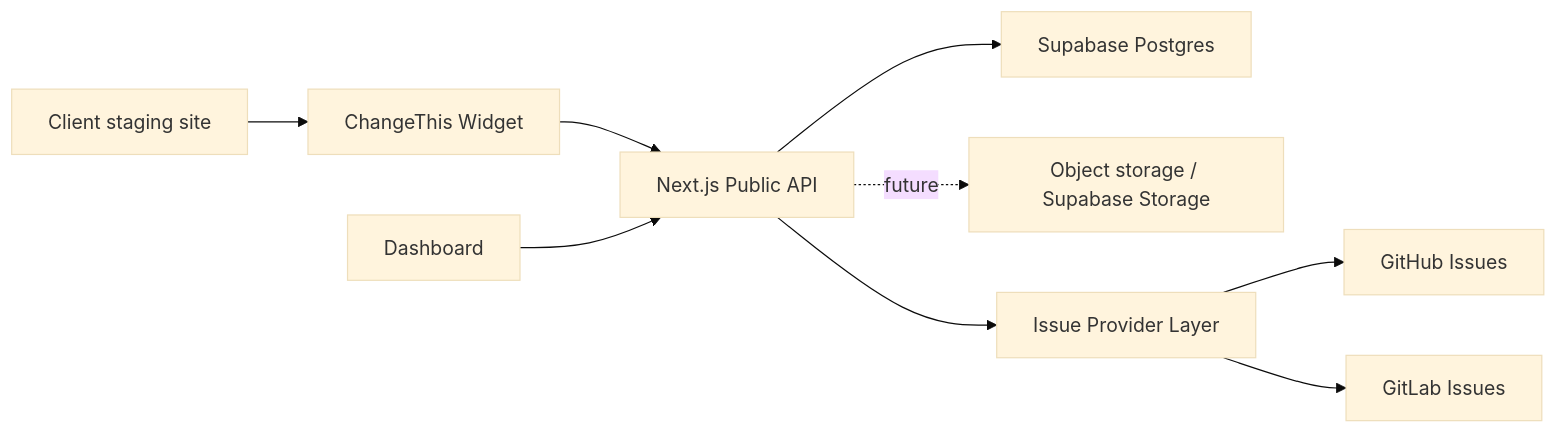
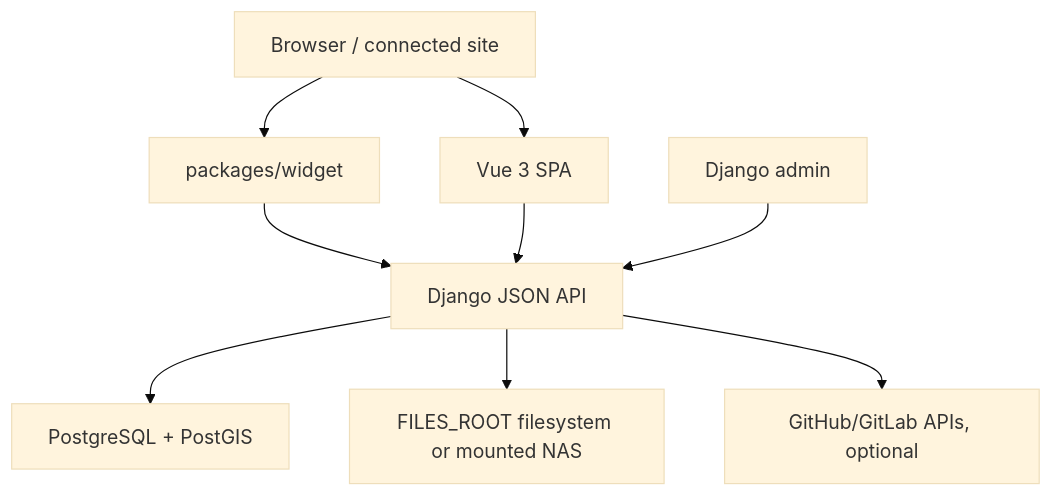
The diagram in docs/architecture.md (MLyte/ChangeThis), drawn with Mermaid (base theme) before and after one commit. The commit also changed other lines of this file and 210 other files, not shown here.

Commit message:
Implement CRAW Vue Django stack

````diff
--- a/docs/architecture.md
+++ b/docs/architecture.md
@@ -20,11 +5,11 @@
 ```mermaid
-flowchart LR
-  Site["Client staging site"] --> Widget["ChangeThis Widget"]
-  Widget --> Api["Next.js Public API"]
-  Api --> Db["Supabase Postgres"]
-  Api -. future .-> Storage["Object storage / Supabase Storage"]
-  Api --> Providers["Issue Provider Layer"]
-  Providers --> GitHub["GitHub Issues"]
-  Providers --> GitLab["GitLab Issues"]
-  Dashboard["Dashboard"] --> Api
+flowchart TD
+  Browser["Browser / connected site"] --> Widget["packages/widget"]
+  Browser --> Spa["Vue 3 SPA"]
+  Widget --> Api["Django JSON API"]
+  Spa --> Api
+  Api --> Db["PostgreSQL + PostGIS"]
+  Api --> Files["FILES_ROOT filesystem or mounted NAS"]
+  Api --> Providers["GitHub/GitLab APIs, optional"]
+  Admin["Django admin"] --> Api
 ```
````
